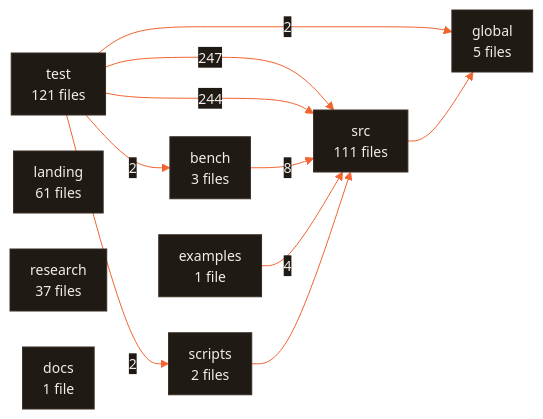
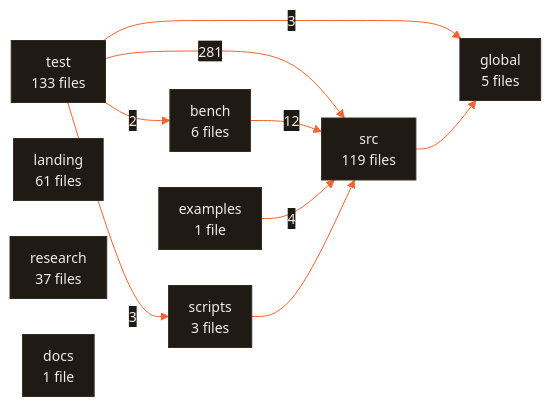
The fifth of 5 diagrams in ARCHITECTURE.md (CodeWithJuber/forgekit), drawn with Mermaid before and after one commit. The commit also changed other lines of this file and 55 other files, not shown here.

````diff
--- a/ARCHITECTURE.md
+++ b/ARCHITECTURE.md
@@ -670,24 +675,21 @@
 ```mermaid
 %%{init: {'theme':'base','themeVariables':{'primaryColor':'#201a15','primaryTextColor':'#f2ede7','primaryBorderColor':'#372c22','lineColor':'#f26430','secondaryColor':'#272019','tertiaryColor':'#171310','edgeLabelBackground':'#201a15','clusterBkg':'#171310','clusterBorder':'#4a3b2e','fontFamily':'ui-sans-serif, system-ui, sans-serif','fontSize':'14px'},'flowchart':{'curve':'basis','padding':10,'nodeSpacing':36,'rankSpacing':44}}}%%
 flowchart LR
-  test["test<br/>119 files"]
-  src["src<br/>110 files"]
-  test["test<br/>121 files"]
-  src["src<br/>111 files"]
+  test["test<br/>133 files"]
+  src["src<br/>119 files"]
   landing["landing<br/>61 files"]
   research["research<br/>37 files"]
+  bench["bench<br/>6 files"]
   global["global<br/>5 files"]
-  bench["bench<br/>3 files"]
-  scripts["scripts<br/>2 files"]
+  scripts["scripts<br/>3 files"]
   docs["docs<br/>1 file"]
   examples["examples<br/>1 file"]
-  test -- 247 --> src
-  test -- 244 --> src
-  bench -- 8 --> src
+  test -- 281 --> src
+  bench -- 12 --> src
   examples -- 4 --> src
+  test -- 3 --> global
+  test -- 3 --> scripts
   test -- 2 --> bench
-  test -- 2 --> global
-  test -- 2 --> scripts
   scripts --> src
   src --> global
 ```
````
